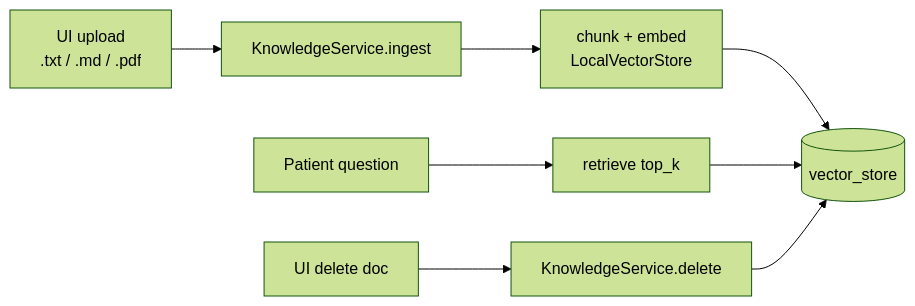
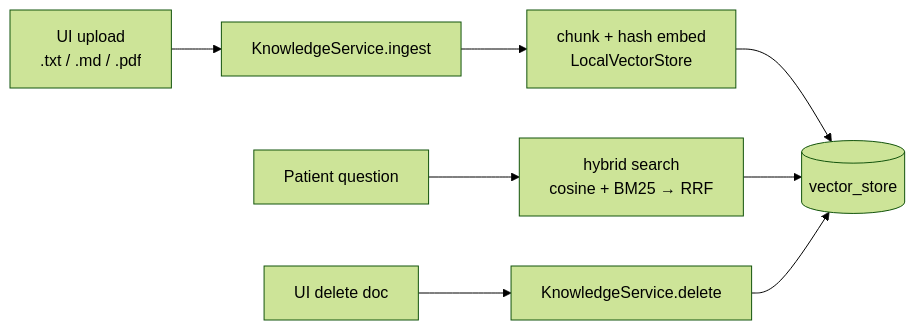
One commit to jfernand196/tech-sphere-voice-agent changed the fourth of 4 diagrams in ARCHITECTURE.md. Above: the diagram before and after it, drawn with Mermaid (forest theme). The commit also changed other lines of this file and 4 other files, not shown here.

First line of the commit message:
Add hybrid BM25 and hash-cosine RAG retrieval.

````diff
--- a/ARCHITECTURE.md
+++ b/ARCHITECTURE.md
@@ -109,10 +109,10 @@
 ```mermaid
 flowchart LR
   Upload["UI upload<br/>.txt / .md / .pdf"] --> Ingest["KnowledgeService.ingest"]
-  Ingest --> Chunk["chunk + embed<br/>LocalVectorStore"]
+  Ingest --> Chunk["chunk + hash embed<br/>LocalVectorStore"]
   Chunk --> Index[(vector_store)]
-  Ask["Patient question"] --> Retrieve["retrieve top_k"]
-  Retrieve --> Index
+  Ask["Patient question"] --> Hybrid["hybrid search<br/>cosine + BM25 → RRF"]
+  Hybrid --> Index
   Delete["UI delete doc"] --> Drop["KnowledgeService.delete"]
   Drop --> Index
 ```
````
